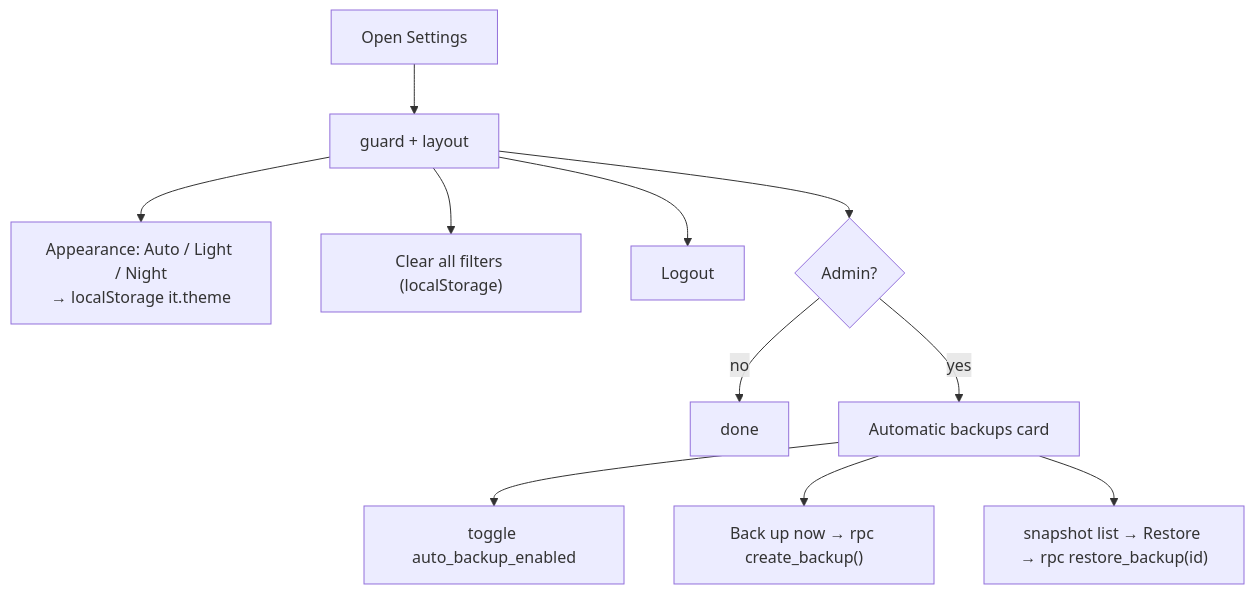
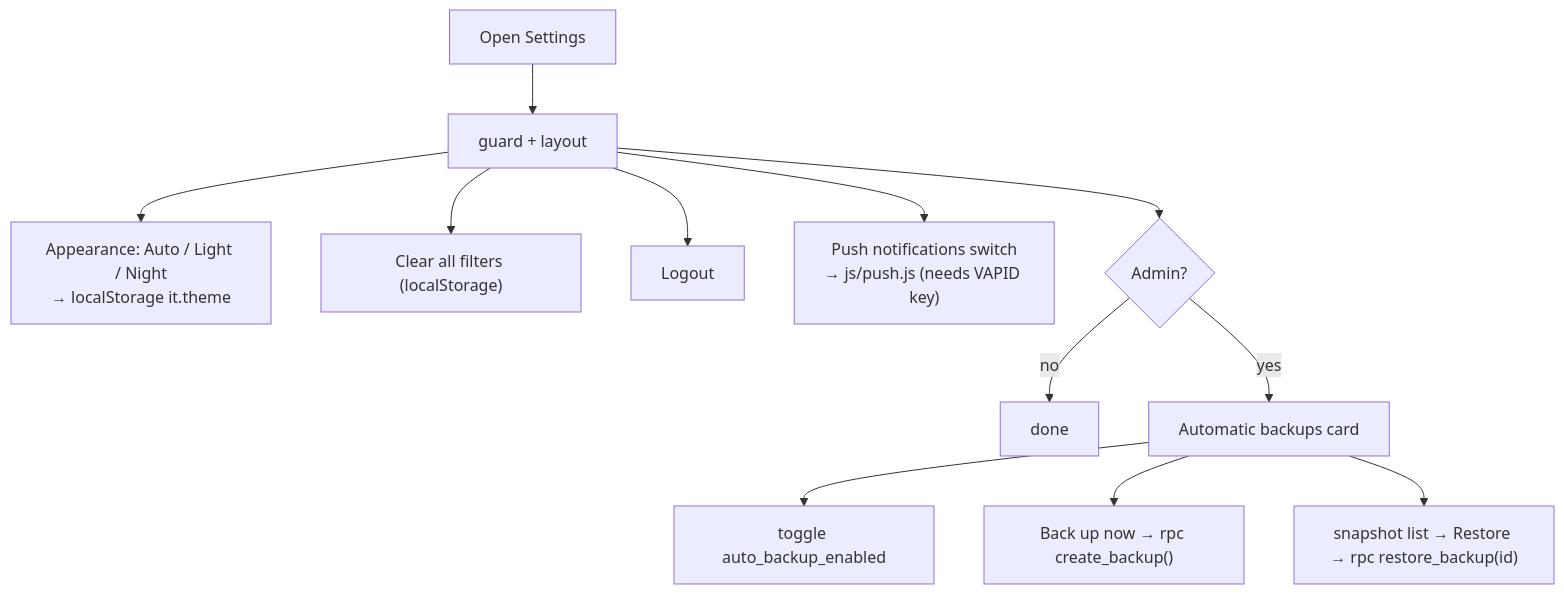
One commit to rawrmeo/issue-tracker changed diagram 13 of 22 in HANDOVER.md. Above: the diagram before and after it, drawn with Mermaid. The commit also changed other lines of this file and 5 other files, not shown here.

````diff
--- a/HANDOVER.md
+++ b/HANDOVER.md
@@ -356,13 +463,14 @@
 ```mermaid
 flowchart TD
   A["Open Settings"] --> B["guard + layout"]
   B --> C["Appearance: Auto / Light / Night<br/>→ localStorage it.theme"]
   B --> D["Clear all filters (localStorage)"]
   B --> E["Logout"]
+  B --> N["Push notifications switch<br/>→ js/push.js (needs VAPID key)"]
   B --> F{"Admin?"}
   F -->|"no"| G["done"]
   F -->|"yes"| H["Automatic backups card"]
   H --> I["toggle auto_backup_enabled"]
   H --> J["Back up now → rpc create_backup()"]
   H --> K["snapshot list → Restore → rpc restore_backup(id)"]
 ```
````
